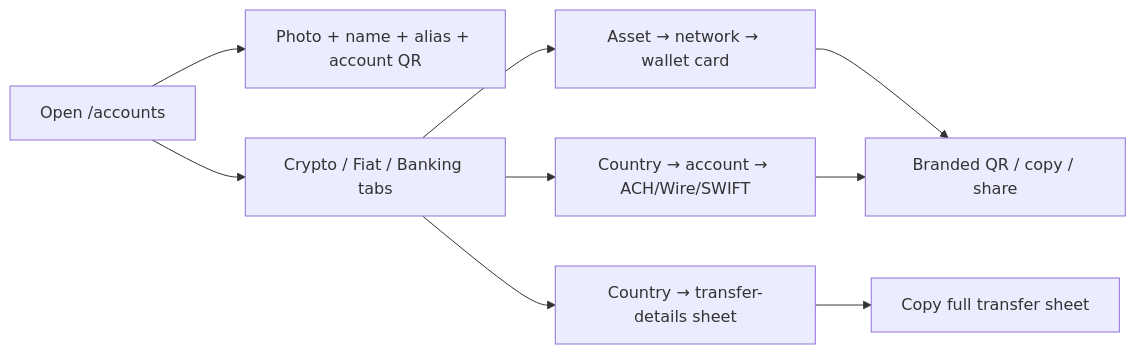
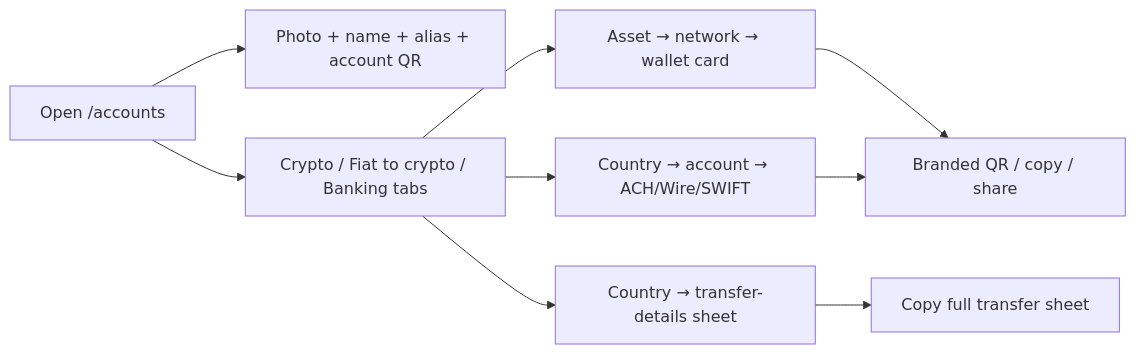
One commit to CBpayapp/cbpay-docs changed the diagram in en/guides/accounts.mdx. Above: the diagram before and after it, drawn with Mermaid. The commit also changed other lines of this file and 25 other files, not shown here.

First line of the commit message:
docs: Mis Cuentas tab Fiat a Crypto + intros (cbpay v2.115) (#76)

````diff
--- a/en/guides/accounts.mdx
+++ b/en/guides/accounts.mdx
@@ -55,11 +64,11 @@
 ```mermaid
 flowchart LR
   open["Open /accounts"] --> hero["Photo + name + alias + account QR"]
-  open --> tabs["Crypto / Fiat / Banking tabs"]
+  open --> tabs["Crypto / Fiat to crypto / Banking tabs"]
   tabs --> crypto["Asset → network → wallet card"]
   tabs --> fiat["Country → transfer-details sheet"]
   tabs --> banking["Country → account → ACH/Wire/SWIFT"]
   crypto --> qr["Branded QR / copy / share"]
   banking --> qr
   fiat --> copy["Copy full transfer sheet"]
 ```
````
